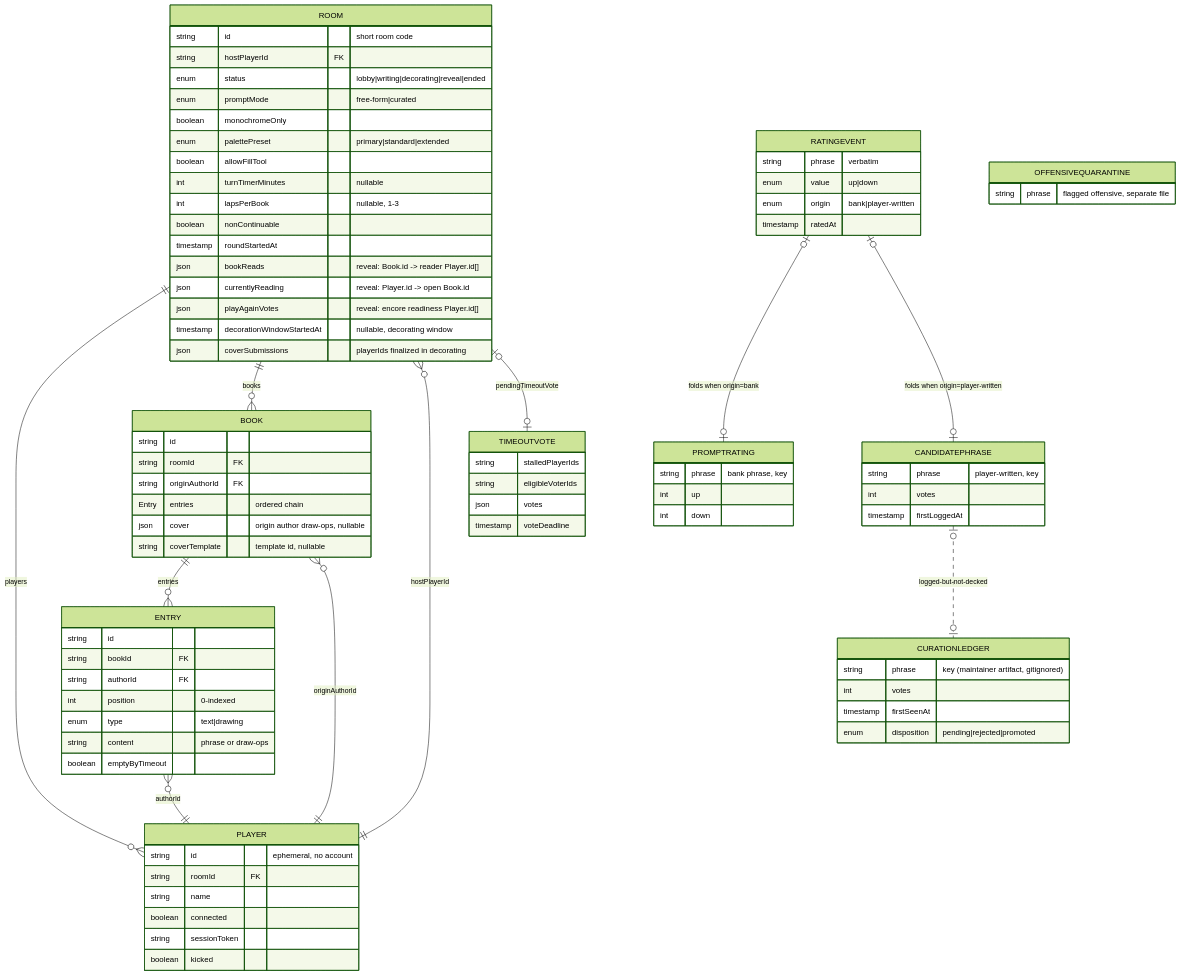
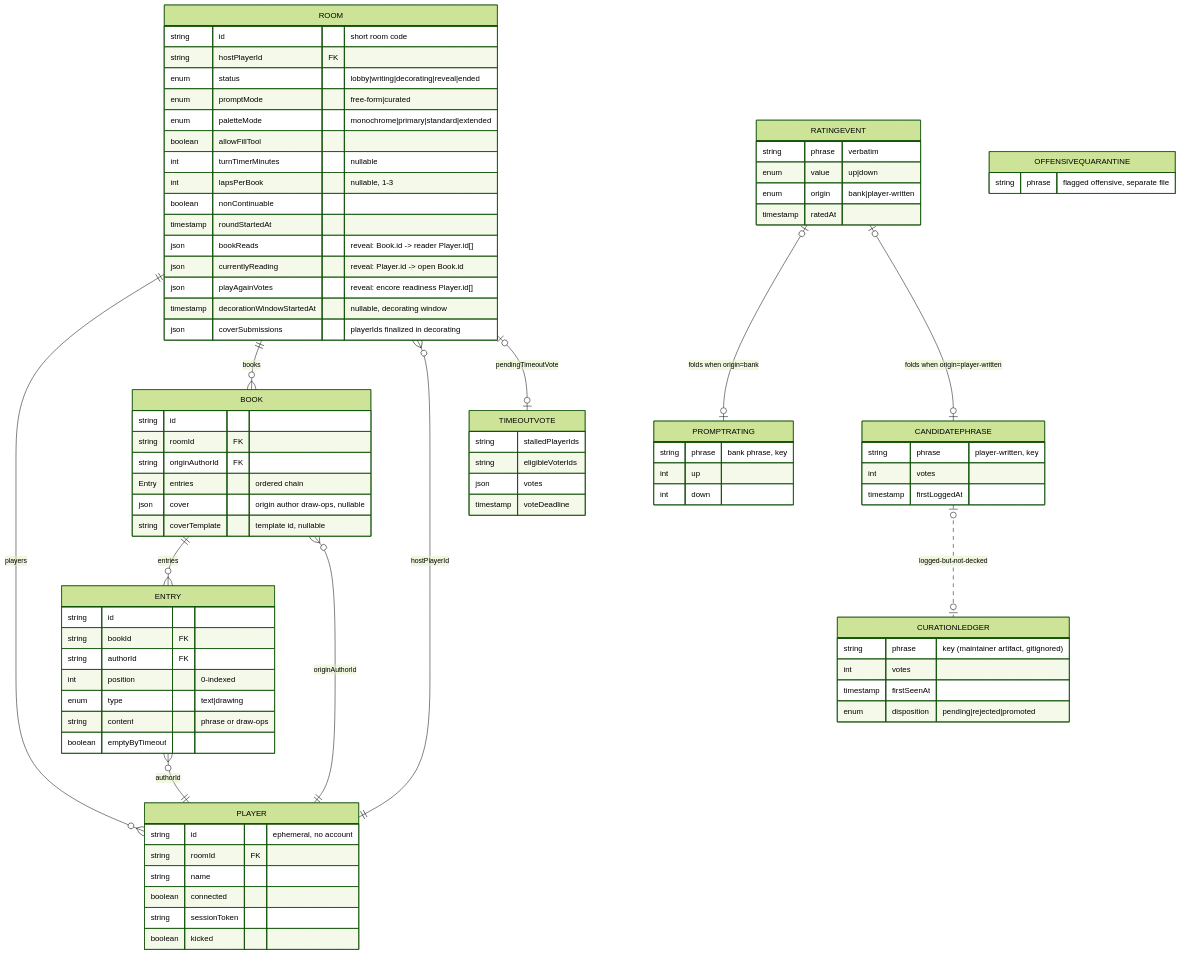
The first of 3 diagrams in README.md (moui72/exquisite-telephone), drawn with Mermaid (forest theme) before and after one commit. The commit also changed 30 other files, not shown here.

First line of the commit message:
refactor: T004 consolidate monochrome and palette-preset into paletteMode

```diff
--- a/README.md
+++ b/README.md
@@ -152,8 +152,7 @@
         string hostPlayerId FK
         enum status "lobby|writing|decorating|reveal|ended"
         enum promptMode "free-form|curated"
-        boolean monochromeOnly
-        enum palettePreset "primary|standard|extended"
+        enum paletteMode "monochrome|primary|standard|extended"
         boolean allowFillTool
         int turnTimerMinutes "nullable"
         int lapsPerBook "nullable, 1-3"
```
